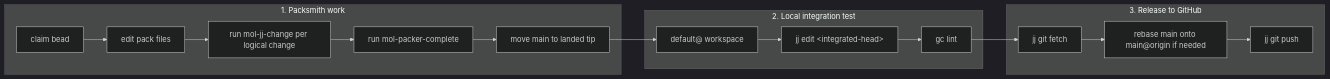
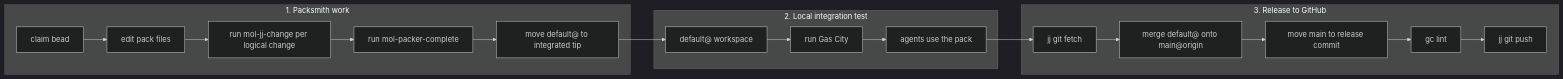
Before and after one commit to duncan4123/gascity-packs: the diagram in packer/docs/diagrams/workflow-overview.md, drawn with Mermaid (dark theme). The commit also changed other lines of this file and 15 other files, not shown here.

````diff
--- a/packer/docs/diagrams/workflow-overview.md
+++ b/packer/docs/diagrams/workflow-overview.md
@@ -18,28 +20,30 @@
 ```mermaid
 flowchart LR
   subgraph packsmith["1. Packsmith work"]
     claim["claim bead"]
     edit["edit pack files"]
     change["run mol-jj-change per logical change"]
     complete["run mol-packer-complete"]
-    move_main["move main to landed tip"]
+    move_default["move default@ to integrated tip"]
 
-    claim --> edit --> change --> complete --> move_main
+    claim --> edit --> change --> complete --> move_default
   end
 
   subgraph test["2. Local integration test"]
     default["default@ workspace"]
-    edit_default["jj edit &lt;integrated-head&gt;"]
-    lint["gc lint <pack>"]
+    run_gc["run Gas City"]
+    use_pack["agents use the pack"]
 
-    move_main --> default --> edit_default --> lint
+    move_default --> default --> run_gc --> use_pack
   end
 
   subgraph release["3. Release to GitHub"]
     fetch["jj git fetch"]
-    sync["rebase main onto main@origin if needed"]
+    merge["merge default@ onto main@origin"]
+    move_main["move main to release commit"]
+    verify["gc lint <pack>"]
     push["jj git push"]
 
-    lint --> fetch --> sync --> push
+    use_pack --> fetch --> merge --> move_main --> verify --> push
   end
 ```
````
